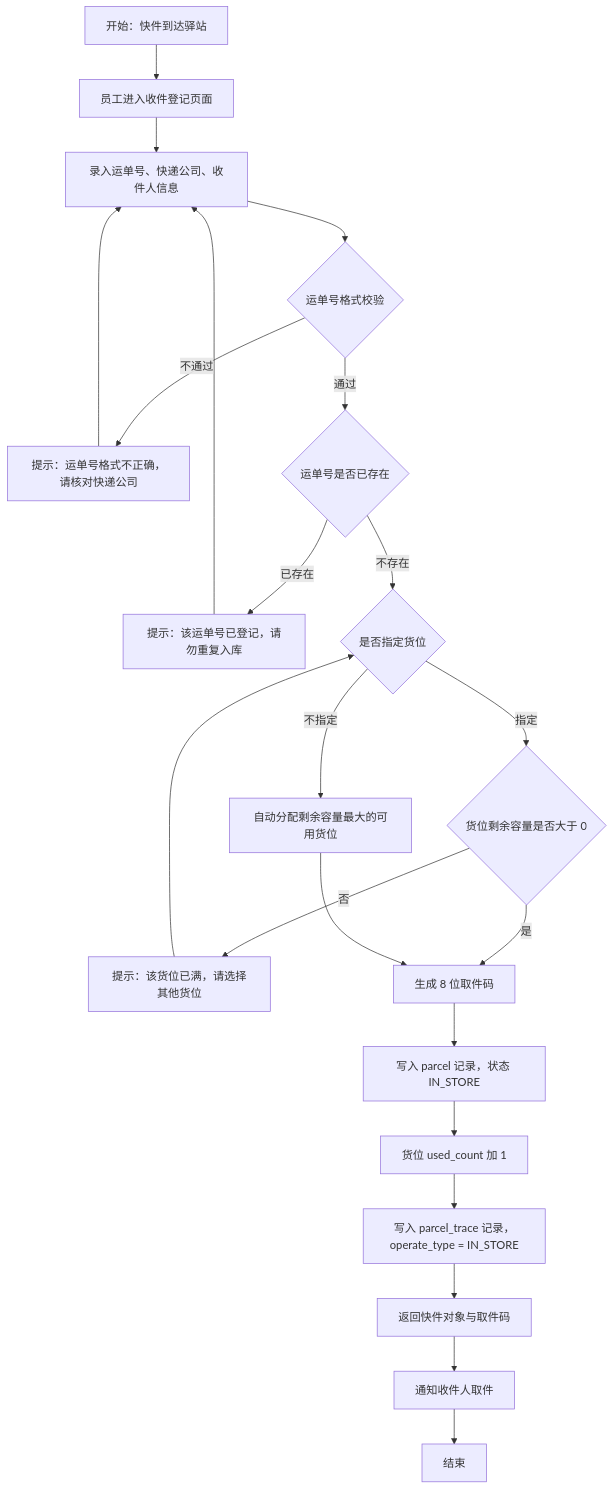
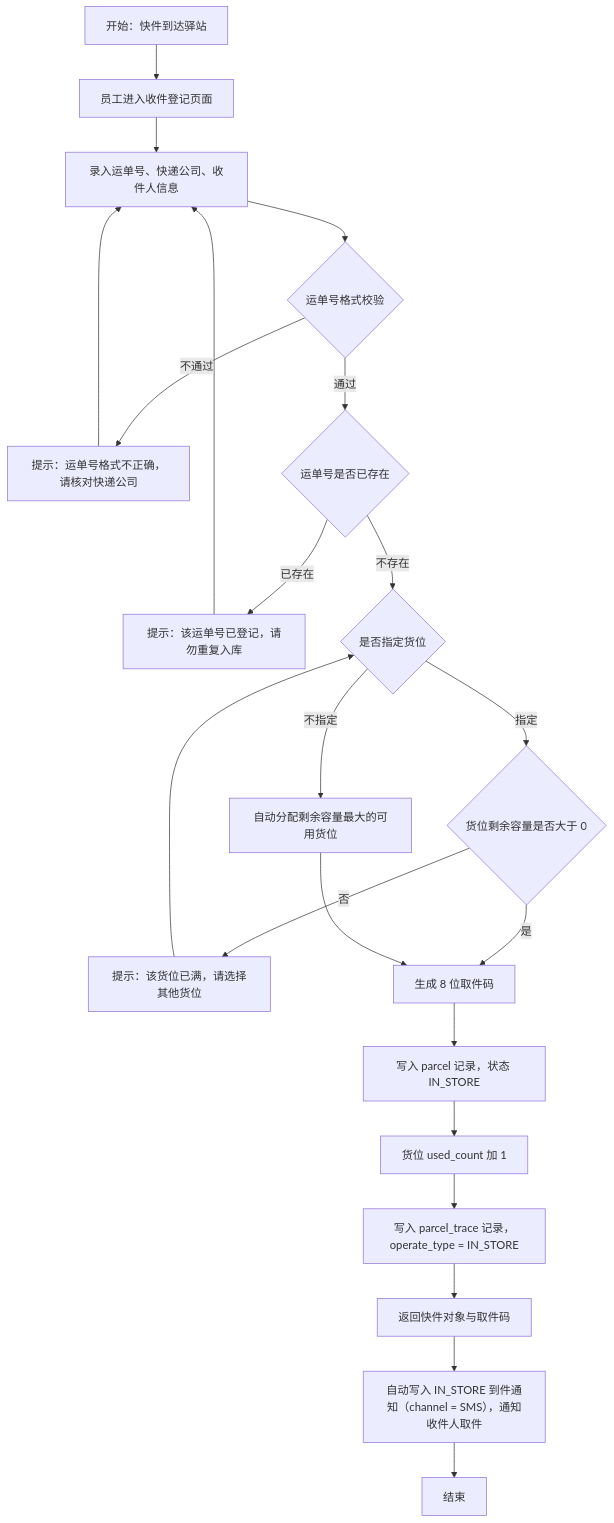
Before and after one commit to WUYUHANG1949/express-station-management-system: the first of 5 diagrams in docs/spec.md, drawn with Mermaid. The commit also changed other lines of this file and 67 other files, not shown here.

First line of the commit message:
feat(v1.1): 通知与催取、货位地图、数据大屏、自助查询 + 全站换肤

````diff
--- a/docs/spec.md
+++ b/docs/spec.md
@@ -165,24 +192,24 @@
 ```mermaid
 flowchart TD
     A["开始：快件到达驿站"] --> B["员工进入收件登记页面"]
     B --> C["录入运单号、快递公司、收件人信息"]
     C --> D{"运单号格式校验"}
     D -->|"不通过"| E["提示：运单号格式不正确，请核对快递公司"]
     E --> C
     D -->|"通过"| F{"运单号是否已存在"}
     F -->|"已存在"| G["提示：该运单号已登记，请勿重复入库"]
     G --> C
     F -->|"不存在"| H{"是否指定货位"}
     H -->|"指定"| I{"货位剩余容量是否大于 0"}
     I -->|"否"| J["提示：该货位已满，请选择其他货位"]
     J --> H
     I -->|"是"| K["生成 8 位取件码"]
     H -->|"不指定"| L["自动分配剩余容量最大的可用货位"]
     L --> K
     K --> M["写入 parcel 记录，状态 IN_STORE"]
     M --> N["货位 used_count 加 1"]
     N --> O["写入 parcel_trace 记录，operate_type = IN_STORE"]
     O --> P["返回快件对象与取件码"]
-    P --> Q["通知收件人取件"]
+    P --> Q["自动写入 IN_STORE 到件通知（channel = SMS），通知收件人取件"]
     Q --> R["结束"]
 ```
````
